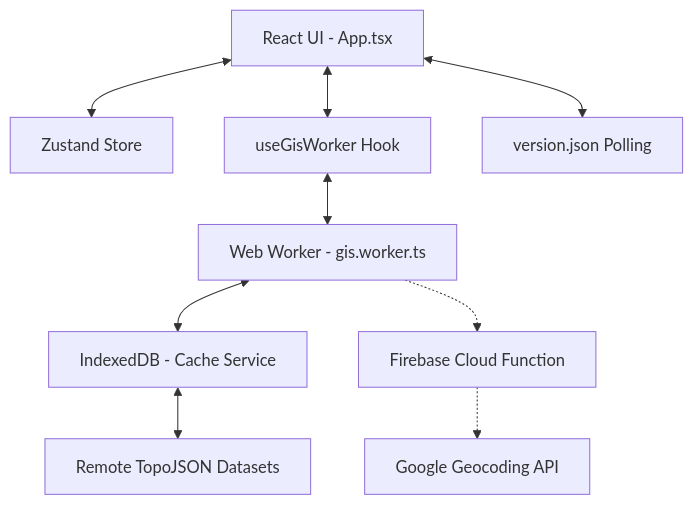
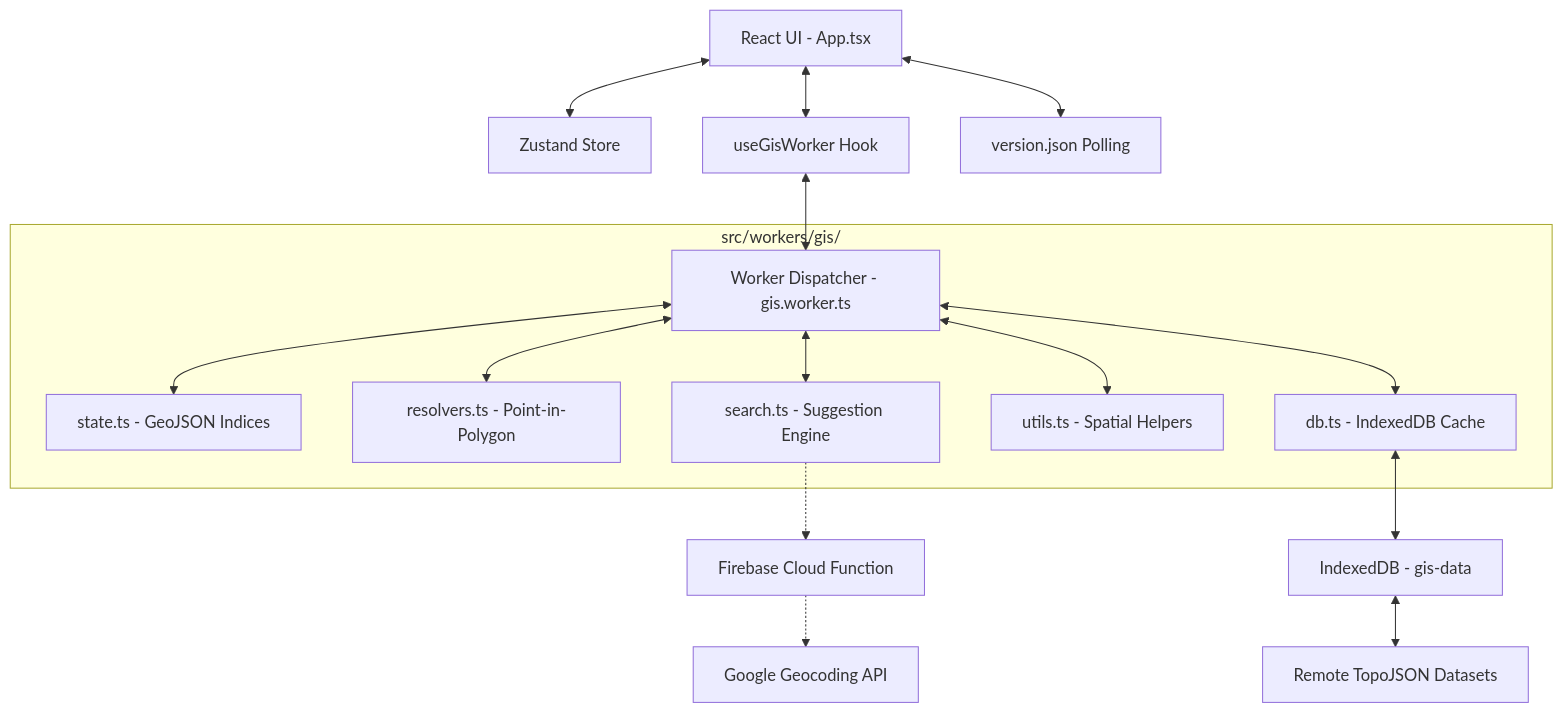
One commit to rsiva2294/namma-map-v2 changed the diagram in ARCHITECTURE.md. Above: the diagram before and after it, drawn with Mermaid. The commit also changed other lines of this file and 1 other file, not shown here.

Commit message:
Refactor unit tests to use production modules and update ARCHITECTURE.md

````diff
--- a/ARCHITECTURE.md
+++ b/ARCHITECTURE.md
@@ -7,11 +7,20 @@
 ```mermaid
 graph TD
     UI[React UI - App.tsx] <--> Store[Zustand Store]
     UI <--> Hook[useGisWorker Hook]
-    Hook <--> Worker[Web Worker - gis.worker.ts]
-    Worker <--> Cache[IndexedDB - Cache Service]
+    Hook <--> Dispatcher[Worker Dispatcher - gis.worker.ts]
+    
+    subgraph GIS Worker [src/workers/gis/]
+        Dispatcher <--> State[state.ts - GeoJSON Indices]
+        Dispatcher <--> Resolvers[resolvers.ts - Point-in-Polygon]
+        Dispatcher <--> Search[search.ts - Suggestion Engine]
+        Dispatcher <--> Utils[utils.ts - Spatial Helpers]
+        Dispatcher <--> DB[db.ts - IndexedDB Cache]
+    end
+
+    DB <--> Cache[IndexedDB - gis-data]
     Cache <--> Data[Remote TopoJSON Datasets]
-    Worker -.-> Cloud[Firebase Cloud Function]
+    Search -.-> Cloud[Firebase Cloud Function]
     Cloud -.-> Google[Google Geocoding API]
     UI <--> Version[version.json Polling]
 ```
````
